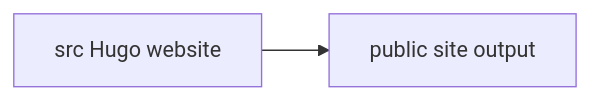
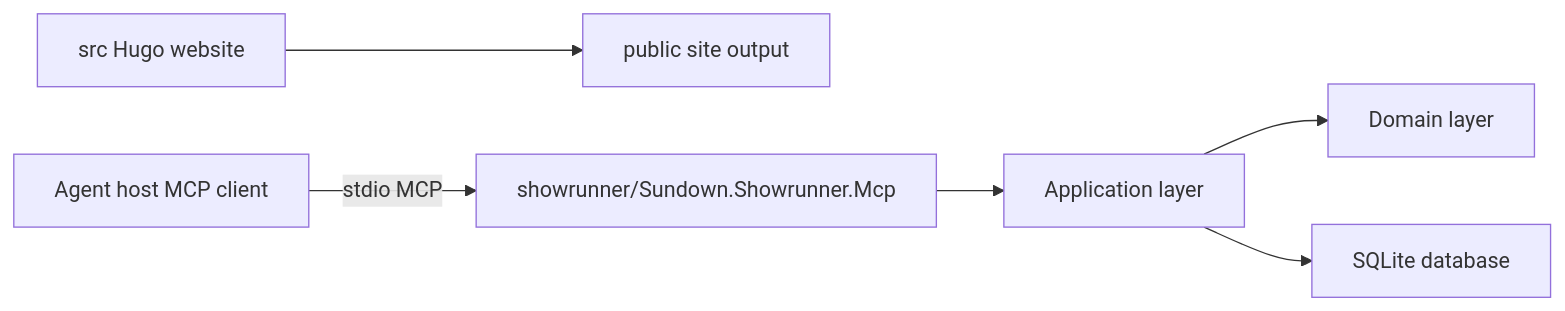
Before and after one commit to colin-gourlay/sundown-sessions: the diagram in README.md, drawn with Mermaid. The commit also changed other lines of this file and 41 other files, not shown here.

First line of the commit message:
feat(showrunner): add Sundown Showrunner MCP server with stdio transport

````diff
--- a/README.md
+++ b/README.md
@@ -25,4 +28,8 @@
 ```mermaid
 flowchart LR
   A[src Hugo website] --> B[public site output]
+  C[Agent host MCP client] -->|stdio MCP| D[showrunner/Sundown.Showrunner.Mcp]
+  D --> E[Application layer]
+  E --> F[Domain layer]
+  E --> G[SQLite database]
 ```
````
